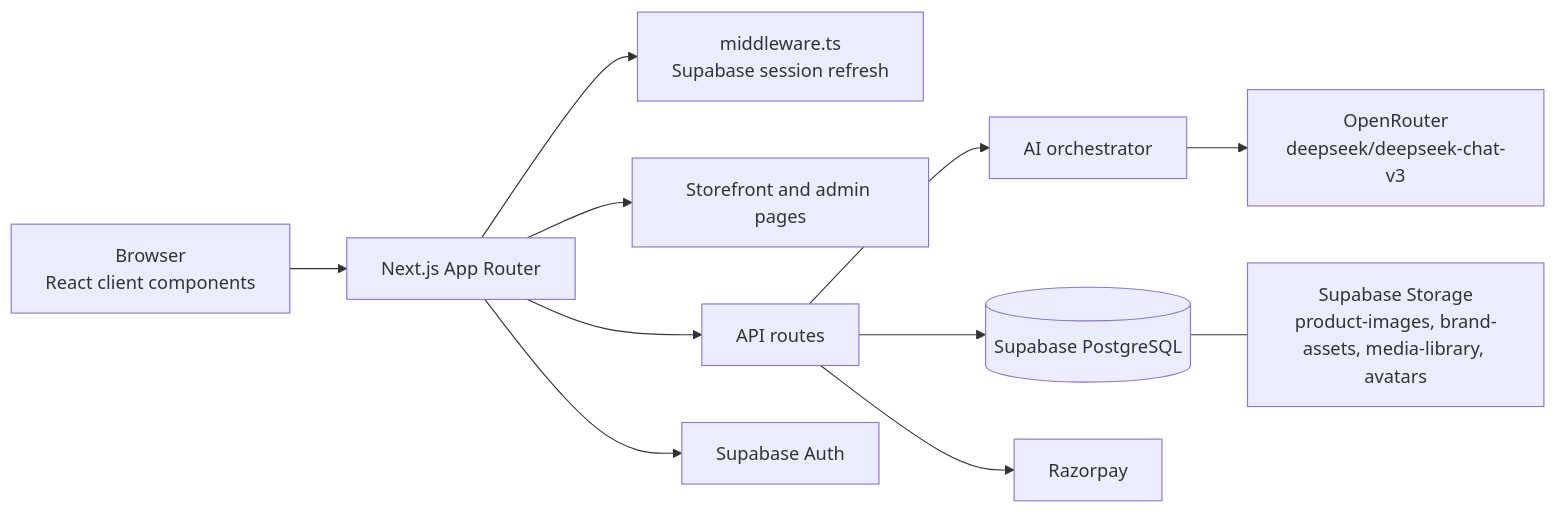
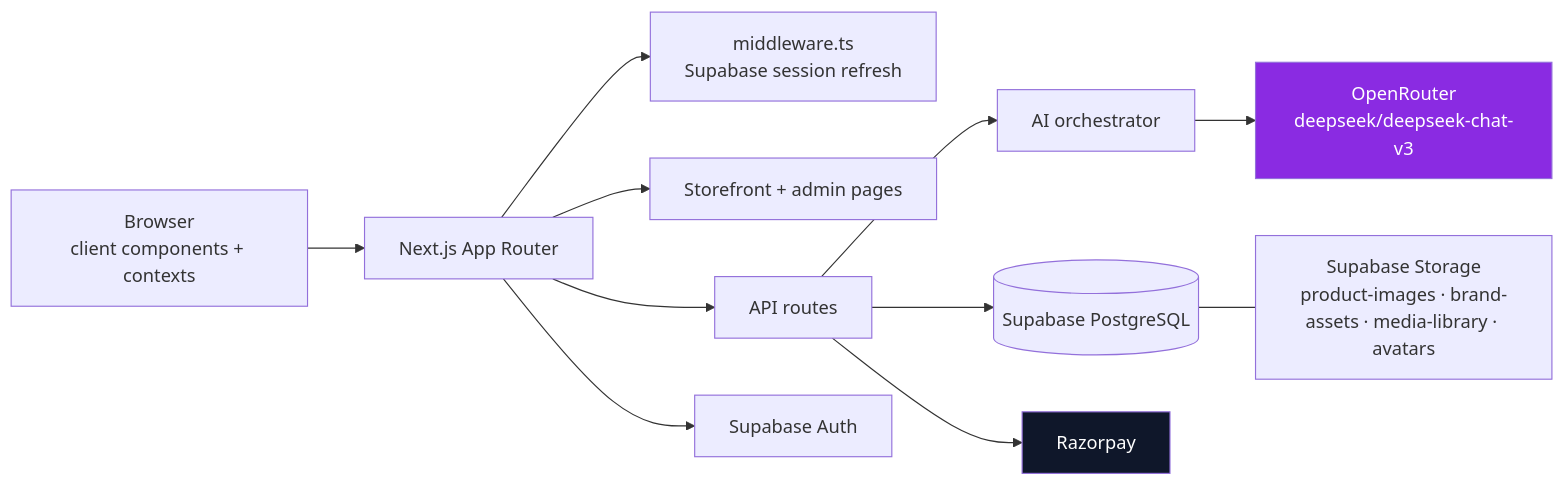
One commit to Crusty-chirayu/CartIQ changed the first of 6 diagrams in README.md. Above: the diagram before and after it, drawn with Mermaid. The commit also changed other lines of this file, not shown here.

````diff
--- a/README.md
+++ b/README.md
@@ -69,13 +207,16 @@
 ```mermaid
 flowchart LR
-    Browser["Browser<br/>React client components"] --> Next["Next.js App Router"]
+    Browser["Browser<br/>client components + contexts"] --> Next["Next.js App Router"]
     Next --> MW["middleware.ts<br/>Supabase session refresh"]
-    Next --> Pages["Storefront and admin pages"]
+    Next --> Pages["Storefront + admin pages"]
     Next --> API["API routes"]
     API --> AI["AI orchestrator"]
     AI --> OR["OpenRouter<br/>deepseek/deepseek-chat-v3"]
     API --> DB[("Supabase PostgreSQL")]
     API --> Pay["Razorpay"]
     Next --> Auth["Supabase Auth"]
-    DB --- Storage["Supabase Storage<br/>product-images, brand-assets, media-library, avatars"]
+    DB --- Storage["Supabase Storage<br/>product-images · brand-assets · media-library · avatars"]
+
+    style OR fill:#8A2BE2,color:#fff
+    style Pay fill:#0F172A,color:#fff
 ```
````
